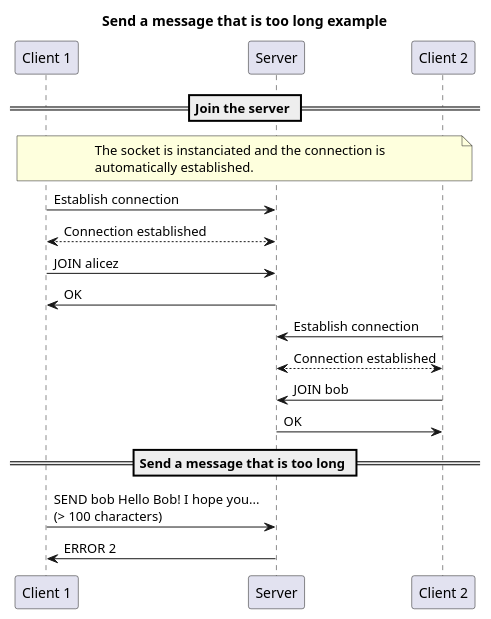
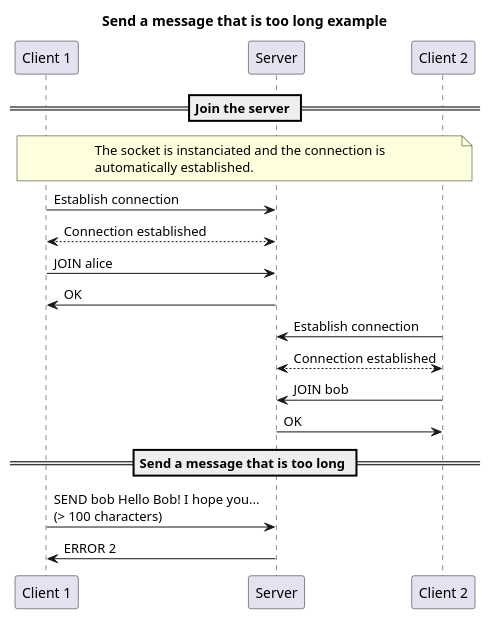
One commit to heig-vd-dai-course/heig-vd-dai-course-code-examples changed the diagram in 11-define-an-application-protocol/images/example-4-send-a-message-that-is-too-long.plantuml. Above: the diagram before and after it, drawn with PlantUML. The commit also changed 1 other file, not shown here.

```diff
--- a/11-define-an-application-protocol/images/example-4-send-a-message-that-is-too-long.plantuml
+++ b/11-define-an-application-protocol/images/example-4-send-a-message-that-is-too-long.plantuml
@@ -1,32 +1,32 @@
 @startuml send-a-message-that-is-too-long-example
 
 title "Send a message that is too long example"
 
 participant "Client 1" as c1
 participant "Server" as s
 participant "Client 2" as c2
 
 == Join the server ==
 
 note over c1, c2
 The socket is instanciated and the connection is
 automatically established.
 end note
 
 c1->s : Establish connection
 c1<-->s : Connection established
 
-c1->s: JOIN alicez
+c1->s: JOIN alice
 s->c1: OK
 
 c2->s : Establish connection
 c2<-->s : Connection established
 
 c2->s: JOIN bob
 s->c2: OK
 
 == Send a message that is too long ==
 
 c1->s: SEND bob Hello Bob! I hope you...\n(> 100 characters)
 s->c1: ERROR 2
 @enduml
```
